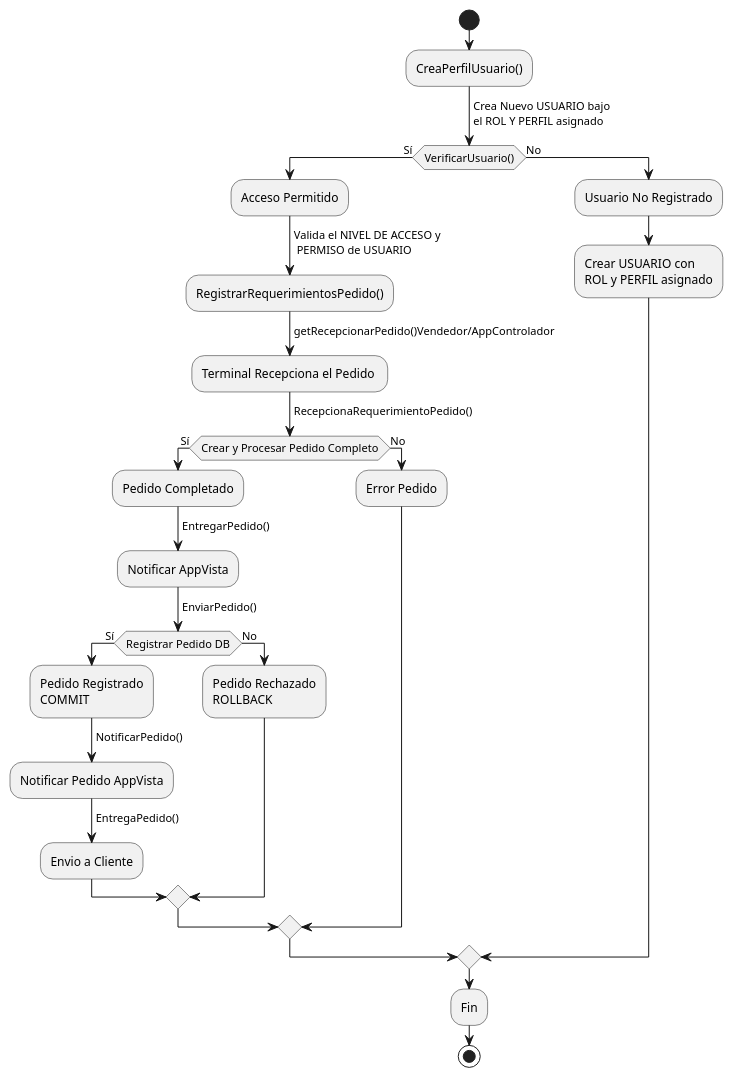
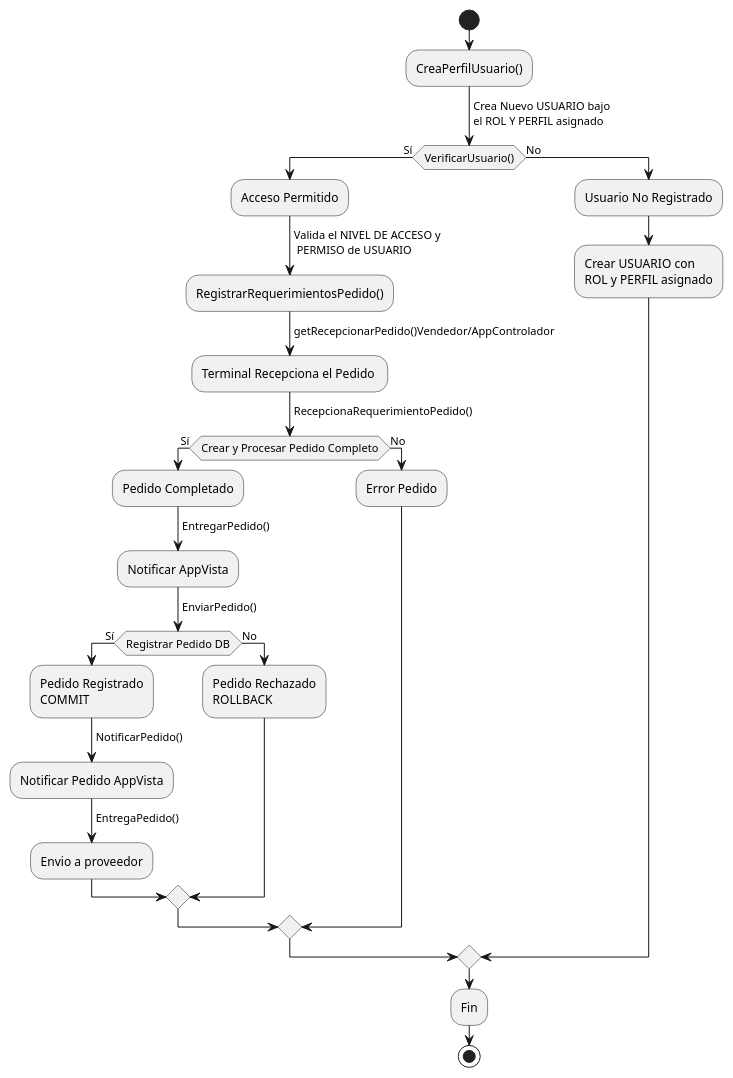
One commit to AQPRenzo/logistica changed the diagram in src/main/java/org/logistica/uml/D_Activities.puml. Above: the diagram before and after it, drawn with PlantUML. The commit also changed 7 other files, not shown here.

Commit message:
Iteración-uml [1.c.002] v1.02

```diff
--- a/src/main/java/org/logistica/uml/D_Activities.puml
+++ b/src/main/java/org/logistica/uml/D_Activities.puml
@@ -1,39 +1,39 @@
 @startuml
 start
 :CreaPerfilUsuario();
 ->Crea Nuevo USUARIO bajo\nel ROL Y PERFIL asignado;                                                           
 if (VerificarUsuario()) then (Sí)
   :Acceso Permitido;
     ->Valida el NIVEL DE ACCESO y\n PERMISO de USUARIO;
   :RegistrarRequerimientosPedido();
     ->getRecepcionarPedido()Vendedor/AppControlador;
   :Terminal Recepciona el Pedido ;
     ->RecepcionaRequerimientoPedido();
   if (Crear y Procesar Pedido Completo) then (Sí)
       :Pedido Completado;
         ->EntregarPedido();
       :Notificar AppVista;
         ->EnviarPedido();
         if (Registrar Pedido DB) then (Sí)
           :Pedido Registrado\nCOMMIT;
             ->NotificarPedido();
           :Notificar Pedido AppVista;
             ->EntregaPedido();
-          :Envio a Cliente;
+          :Envio a proveedor;
         else (No)
           :Pedido Rechazado\nROLLBACK;
         endif
   else (No)
     :Error Pedido; 
      '->ErrorPedido();
   endif
 else (No)
   :Usuario No Registrado;
     '->Valida el NIVEL DE ACCESO\ny PERMISO de USUARIO;
   :Crear USUARIO con\nROL y PERFIL asignado;
 endif
 
 :Fin;
 stop
 
 @enduml
```
